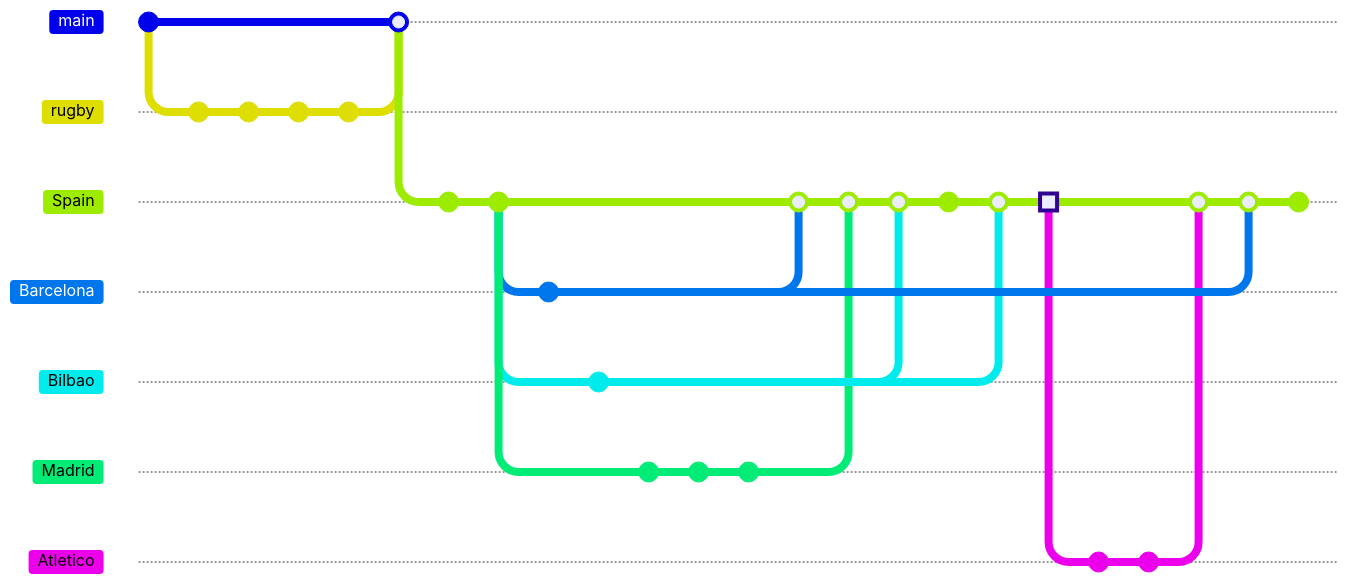
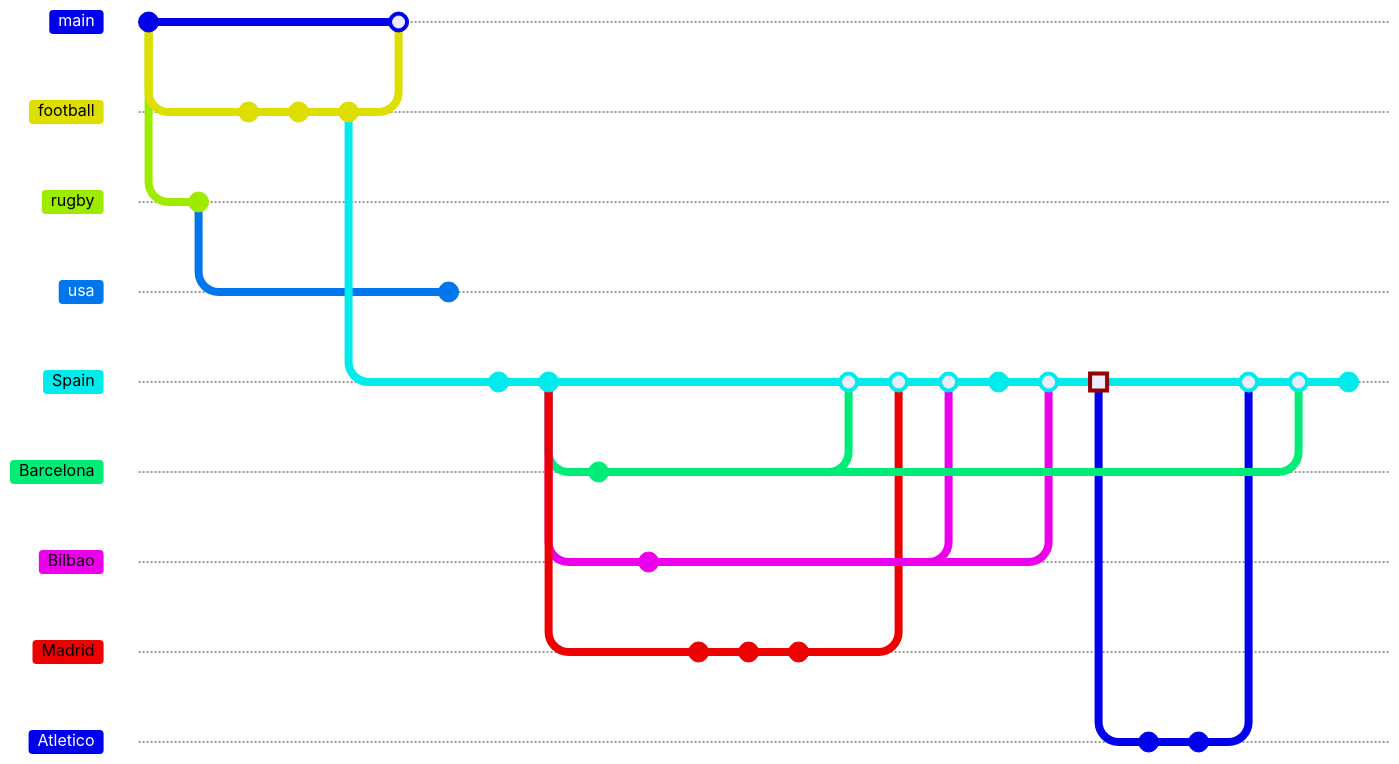
Before and after one commit to sarnobat/mermaid: the first of 8 diagrams in README.md, drawn with Mermaid. Commit ids are hidden.

````diff
--- a/README.md
+++ b/README.md
@@ -14,43 +14,52 @@
 ```mermaid
 gitGraph:
     commit id: "begin"
+    branch football
+    checkout football
     branch rugby
     checkout rugby
     commit id: "1845 Rugby school football rules published"
+    checkout football
     commit id: "1847 Eton school football rules published"
     commit id: "1863 October FA rules created"
     commit id: "1863 FA Founded in London"
     checkout main
-    merge rugby
+    merge football
+    checkout football
+    checkout rugby
+    branch usa
+    checkout usa
+    commit id: "1880 USA rugby cut from 15 to 11 players (American football)"
+    checkout football
     branch Spain
     commit id: "1889 December 23 Recreativo Huelva founded"
     commit id: "1890 Sevilla founded"
     branch Barcelona
     checkout Barcelona
     commit id: "1898 Barcelona founded"
     checkout Spain
     branch Bilbao
     checkout Bilbao
     commit id: "1898 July 18 Bilbao founded"
     checkout Spain
     branch Madrid
     commit "club 1 founded"
     commit "club 2 founded"
     commit "1902 merged clubs"
     checkout Bilbao
     checkout Spain
     merge Barcelona
     merge Madrid
     merge Bilbao
     commit id: "1902 Copa"
     merge Bilbao
     commit id: "1903 Copa de la Coronacion" type: HIGHLIGHT
     branch Atletico
     checkout Atletico
     commit id: "Attended by Bilbao students in Madrid"
     commit id: "1908 Stripes vs Real"
     checkout Spain
     merge Atletico
     merge Barcelona
     commit id: "1921 Copa del Rey final"
 ```
````
